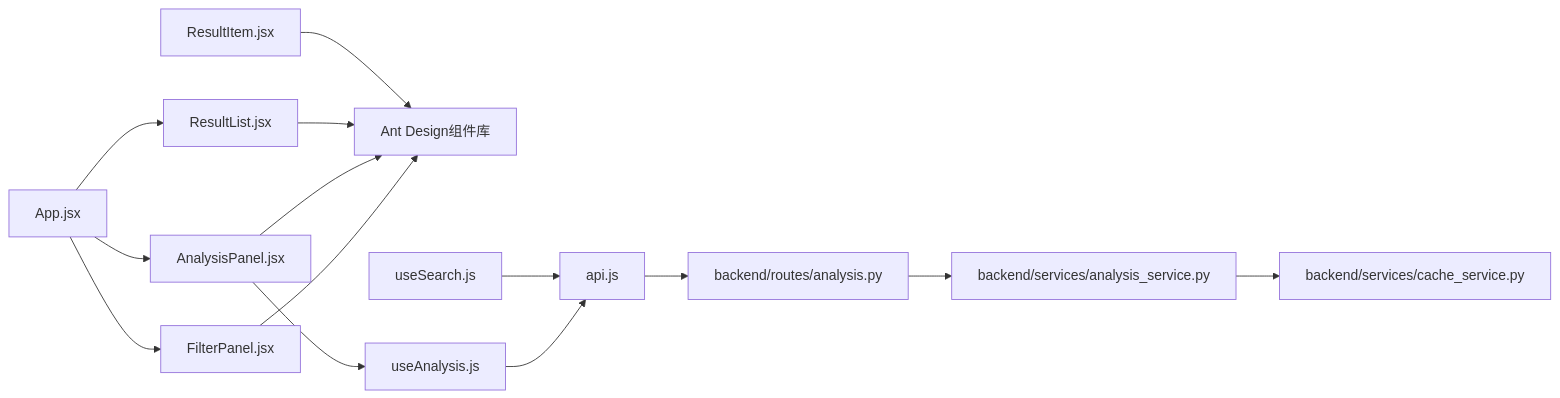
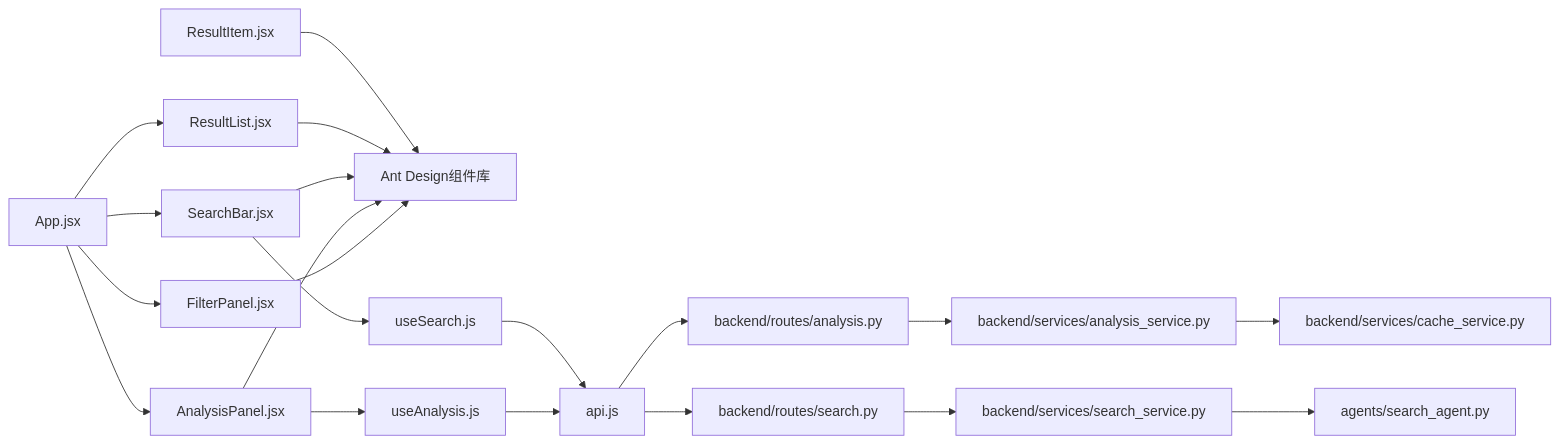
The eighth of 8 diagrams in .qoder/repowiki/zh/content/前端开发指南/组件架构设计/筛选与分析组件.md (wangdy21/search_is_all_you_need), drawn with Mermaid before and after one commit. The commit also changed other lines of this file and 11 other files, not shown here.

````diff
--- a/.qoder/repowiki/zh/content/前端开发指南/组件架构设计/筛选与分析组件.md
+++ b/.qoder/repowiki/zh/content/前端开发指南/组件架构设计/筛选与分析组件.md
@@ -317,16 +429,22 @@
 ```mermaid
 graph LR
 FilterPanel["FilterPanel.jsx"] --> Antd["Ant Design组件库"]
 AnalysisPanel["AnalysisPanel.jsx"] --> Antd
+SearchBar["SearchBar.jsx"] --> Antd
 ResultList["ResultList.jsx"] --> Antd
 ResultItem["ResultItem.jsx"] --> Antd
 useAnalysis["useAnalysis.js"] --> api["api.js"]
 useSearch["useSearch.js"] --> api
 AnalysisPanel --> useAnalysis
+SearchBar --> useSearch
 App["App.jsx"] --> FilterPanel
 App --> AnalysisPanel
+App --> SearchBar
 App --> ResultList
 api --> analysisRoute["backend/routes/analysis.py"]
+api --> searchRoute["backend/routes/search.py"]
+searchRoute --> searchSvc["backend/services/search_service.py"]
 analysisRoute --> analysisSvc["backend/services/analysis_service.py"]
+searchSvc --> searchAgent["agents/search_agent.py"]
 analysisSvc --> cacheSvc["backend/services/cache_service.py"]
 ```
````
